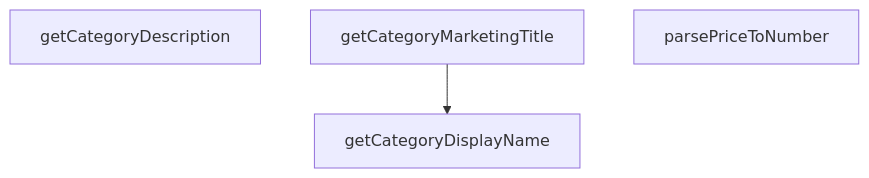
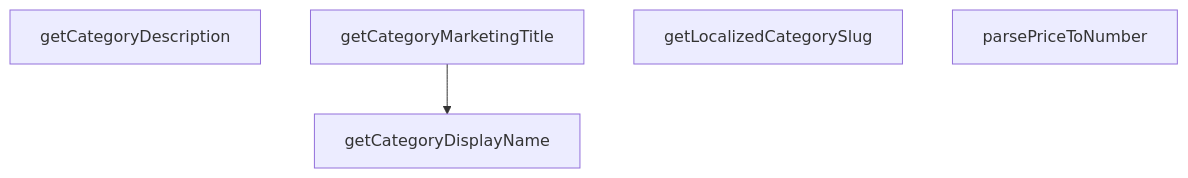
Before and after one commit to peckop/venthub-hvac-esite: the diagram in src/utils/categoryHelpers.md, drawn with Mermaid. The commit also changed other lines of this file and 5 other files, not shown here.

````diff
--- a/src/utils/categoryHelpers.md
+++ b/src/utils/categoryHelpers.md
@@ -106,8 +157,9 @@
 ```mermaid
 graph TD
     categoryHelpers_ts__getCategoryDescription["getCategoryDescription"]
     categoryHelpers_ts__getCategoryDisplayName["getCategoryDisplayName"]
     categoryHelpers_ts__getCategoryMarketingTitle["getCategoryMarketingTitle"]
+    categoryHelpers_ts__getLocalizedCategorySlug["getLocalizedCategorySlug"]
     categoryHelpers_ts__parsePriceToNumber["parsePriceToNumber"]
     categoryHelpers_ts__getCategoryMarketingTitle --> categoryHelpers_ts__getCategoryDisplayName
 ```
````
